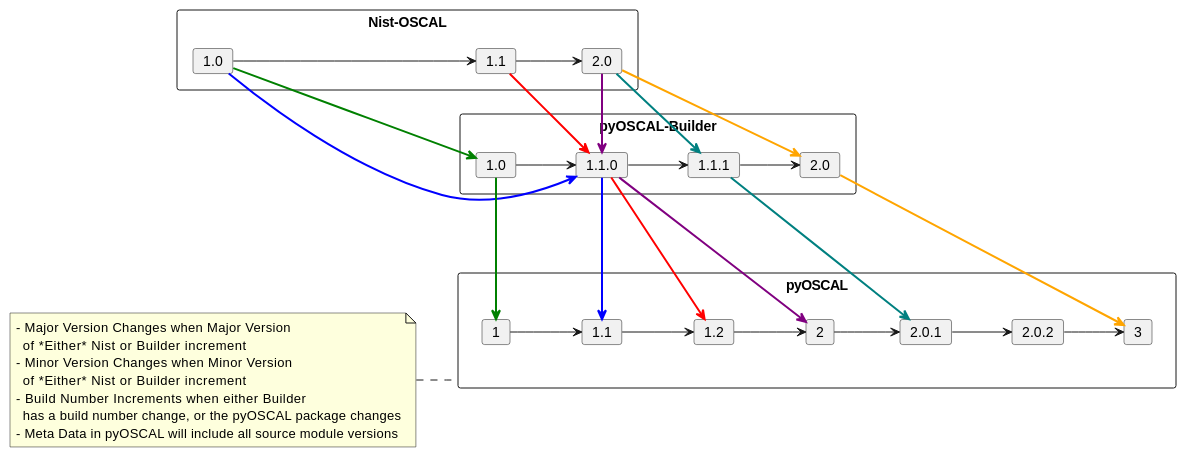
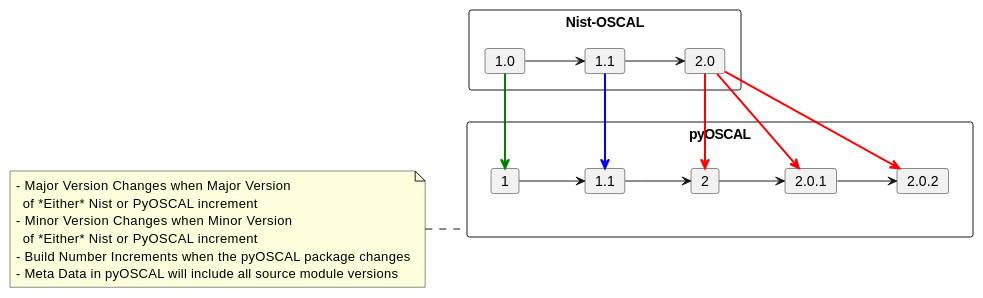
The second of 2 diagrams in README.md (SHRGroup/pyoscal), drawn with PlantUML before and after one commit.

Commit message:
updated README to remove builder references

````diff
--- a/README.md
+++ b/README.md
@@ -34,64 +34,44 @@
 ```plantuml 
 scale .666
 @startuml
 left to right direction
 rectangle "Nist-OSCAL" as Nist {
     card "1.0" as nist_10
     card "1.1" as nist_11
     card "2.0" as nist_20
     nist_10 --> nist_11
     nist_11 --> nist_20
 }
 
-rectangle "pyOSCAL-Builder" as builder {
-    card "1.0" as build_10
-    card "1.1.0" as build_11
-    card "1.1.1" as build_112
-    card "2.0" as build_20
-    build_10 --> build_11
-    build_11 --> build_112
-    build_112 --> build_20 
+rectangle "pyOSCAL" as pyOSCAL {
+    card "1" as pyoscal_10
+    card "1.1" as pyoscal_11
+    card "2" as pyoscal_20
+    card "2.0.1" as pyoscal_201
+    card "2.0.2" as pyoscal_202
+    pyoscal_10 --> pyoscal_11
+    pyoscal_11 --> pyoscal_20
+    pyoscal_20 --> pyoscal_201
+    pyoscal_201 --> pyoscal_202
 }
 
-rectangle "pyOSCAL" as pyOSCAL {
-    card "1" as pyoscal_1
-    card "1.1" as pyoscal_2
-    card "1.2" as pyoscal_3
-    card "2" as pyoscal_4
-    card "2.0.1" as pyoscal_5
-    card "2.0.2" as pyoscal_6
-    card "3" as pyoscal_7
-    pyoscal_1 --> pyoscal_2
-    pyoscal_2 --> pyoscal_3
-    pyoscal_3 --> pyoscal_4
-    pyoscal_4 --> pyoscal_5
-    pyoscal_5 --> pyoscal_6
-    pyoscal_6 --> pyoscal_7
-}
 
-nist_10 -[#green;bold]> build_10 
-nist_10 -[#blue;bold]> build_11 
-nist_11 -[#red;bold]> build_11 
-nist_20 -[#purple;bold]> build_11
-nist_20 -[#teal;bold]> build_112
-nist_20 -[#orange;bold]> build_20
+nist_10 -[#green;bold]> pyoscal_10
+nist_11 -[#blue;bold]> pyoscal_11
+nist_20 -[#red;bold]> pyoscal_20
+nist_20 -[#red;bold]> pyoscal_201
+nist_20 -[#red;bold]> pyoscal_202
 
-build_10 -[#green;bold]> pyoscal_1
-build_11 -[#blue;bold]> pyoscal_2
-build_11 -[#red;bold]> pyoscal_3
-build_11 -[#purple;bold]> pyoscal_4
-build_112 -[#teal;bold]> pyoscal_5
-build_20 -[#orange;bold]> pyoscal_7
+
 
 note left of pyOSCAL 
     - Major Version Changes when Major Version 
-      of *Either* Nist or Builder increment 
+      of *Either* Nist or PyOSCAL increment 
     - Minor Version Changes when Minor Version 
-      of *Either* Nist or Builder increment 
-    - Build Number Increments when either Builder 
-      has a build number change, or the pyOSCAL package changes
+      of *Either* Nist or PyOSCAL increment 
+    - Build Number Increments when the pyOSCAL package changes
     - Meta Data in pyOSCAL will include all source module versions
 endnote
 
 @enduml
 ```
````
